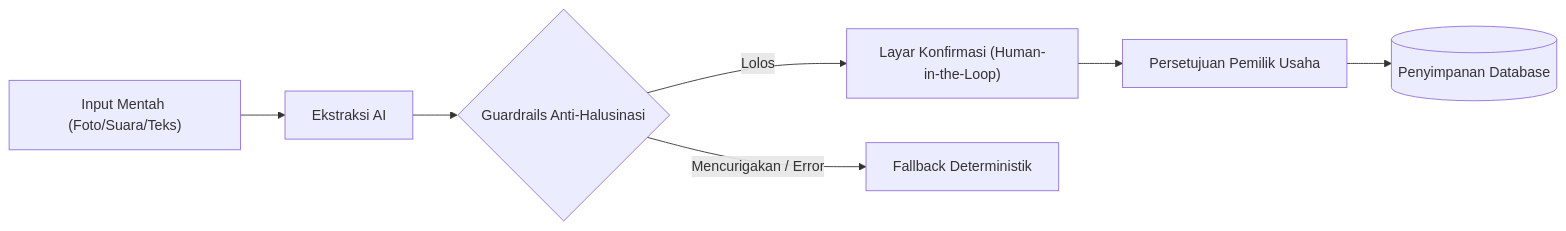
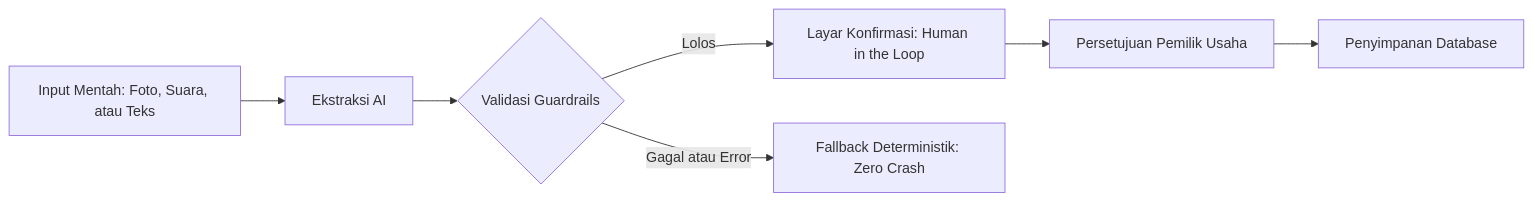
One commit to fahmirizki-zkie/KasiVo-WebApp changed the third of 3 diagrams in README.md. Above: the diagram before and after it, drawn with Mermaid. The commit also changed other lines of this file and 4 other files, not shown here.

````diff
--- a/README.md
+++ b/README.md
@@ -301,9 +285,9 @@
 ```mermaid
-flowchart LR
-    A["Input Mentah (Foto/Suara/Teks)"] --> B["Ekstraksi AI"]
-    B --> C{"Guardrails Anti-Halusinasi"}
-    C -- "Lolos" --> D["Layar Konfirmasi (Human-in-the-Loop)"]
-    C -- "Mencurigakan / Error" --> E["Fallback Deterministik"]
+graph LR
+    A["Input Mentah: Foto, Suara, atau Teks"] --> B["Ekstraksi AI"]
+    B --> C{"Validasi Guardrails"}
+    C -->|Lolos| D["Layar Konfirmasi: Human in the Loop"]
+    C -->|Gagal atau Error| E["Fallback Deterministik: Zero Crash"]
     D --> F["Persetujuan Pemilik Usaha"]
-    F --> G[("Penyimpanan Database")]
+    F --> G["Penyimpanan Database"]
 ```
````
